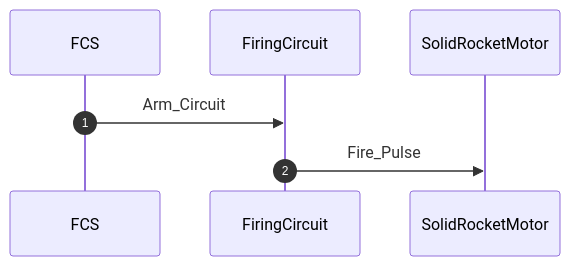
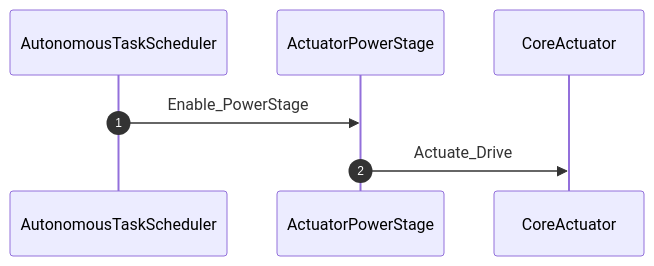
One commit to gintatkinson/DEAP01-spec-core changed the diagram in tests/fixtures/safety/autonomous_arming_usecase.md. Above: the diagram before and after it, drawn with Mermaid. The commit also changed other lines of this file and 129 other files, not shown here.

````diff
--- a/tests/fixtures/safety/autonomous_arming_usecase.md
+++ b/tests/fixtures/safety/autonomous_arming_usecase.md
@@ -4,10 +4,10 @@
 ```mermaid
 sequenceDiagram
     autonumber
-    participant Autopilot as FCS
-    participant SafeArm as FiringCircuit
-    participant Motor as SolidRocketMotor
+    participant Scheduler as AutonomousTaskScheduler
+    participant PowerStage as ActuatorPowerStage
+    participant Actuator as CoreActuator
 
-    Autopilot ->> SafeArm: Arm_Circuit
-    SafeArm ->> Motor: Fire_Pulse
+    Scheduler ->> PowerStage: Enable_PowerStage
+    PowerStage ->> Actuator: Actuate_Drive
 ```
````
